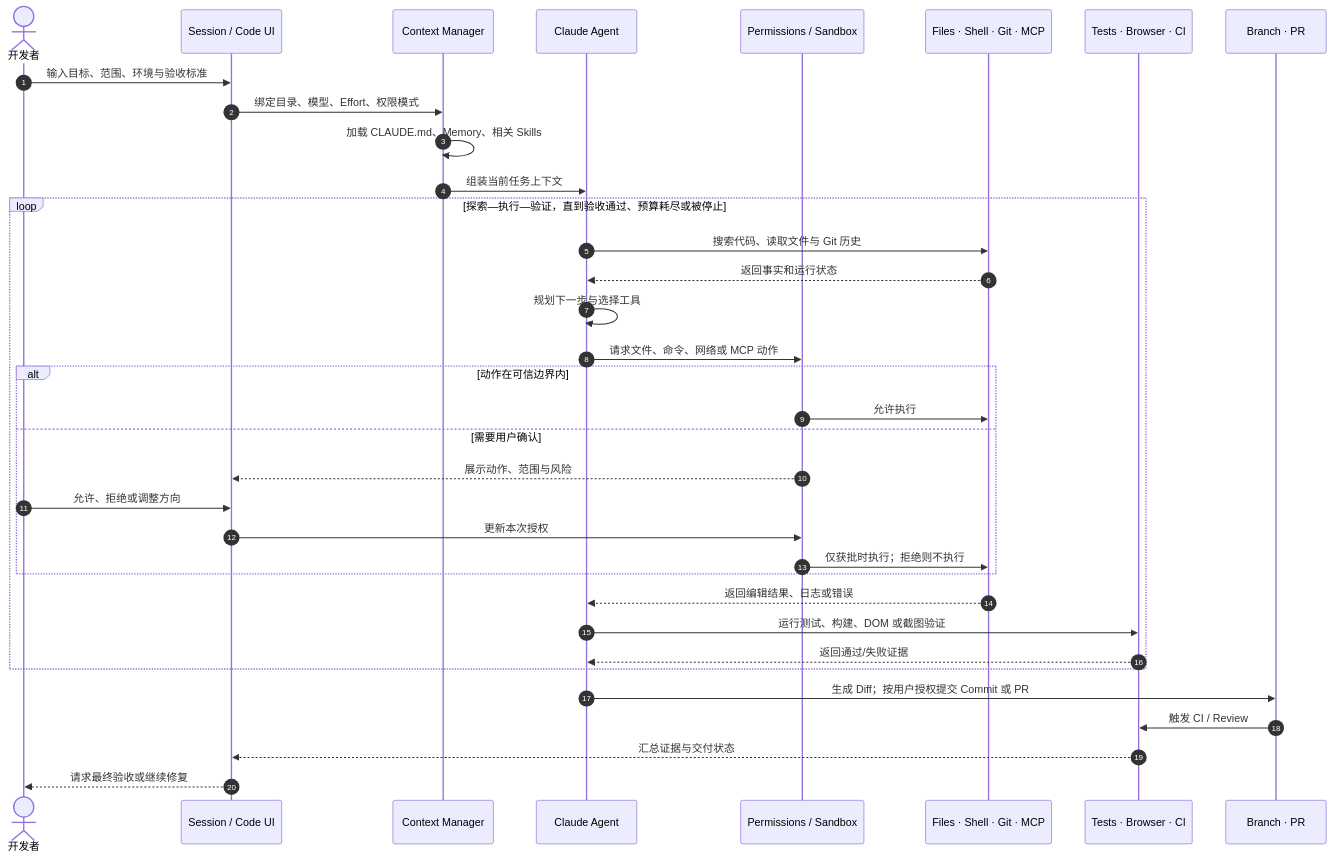
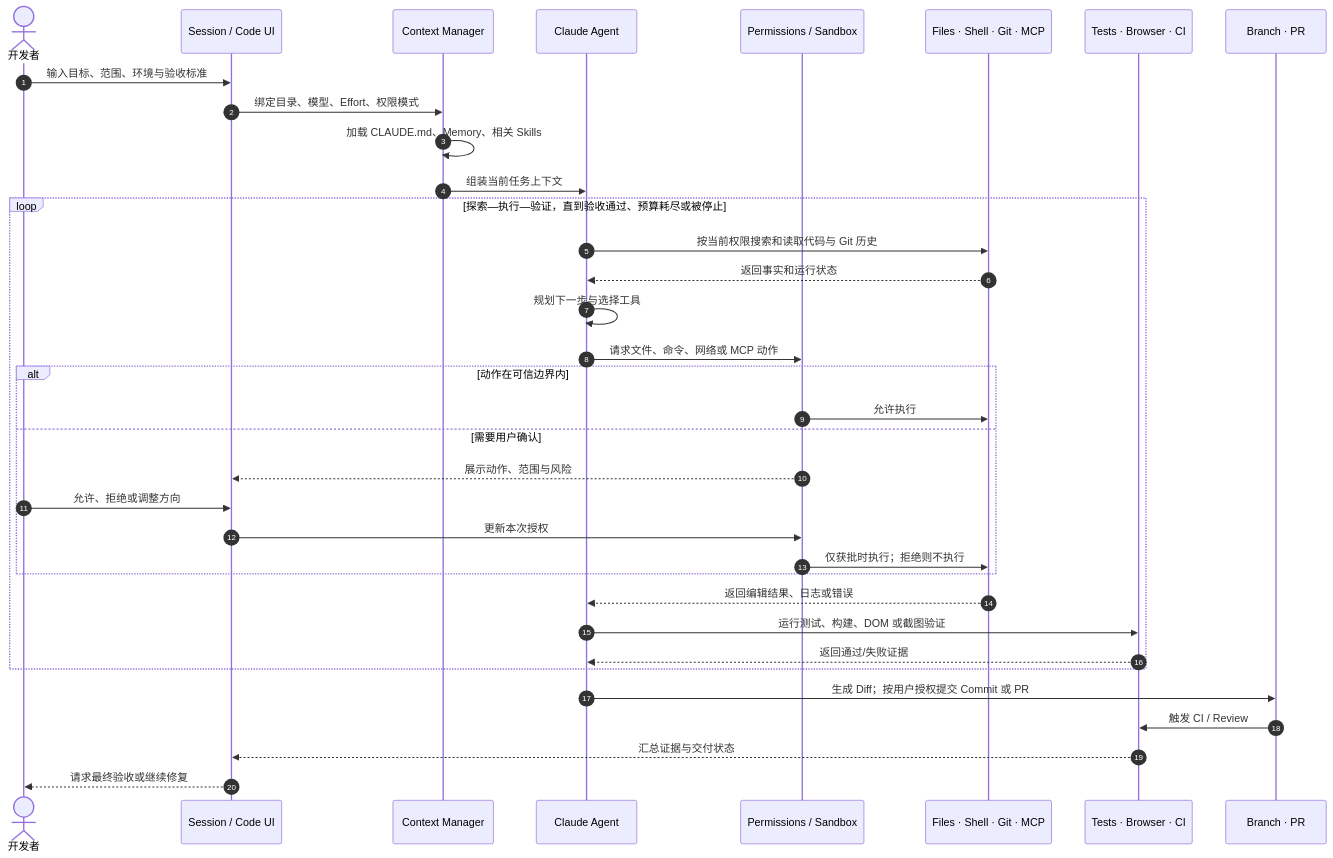
Before and after one commit to MarkingYang/aidea-lab: the second of 2 diagrams in src/content/writing/claude-code-product-design.md, drawn with Mermaid. The commit also changed other lines of this file and 106 other files, not shown here.

Commit message:
content: complete full editorial optimization and harness architecture guide

````diff
--- a/src/content/writing/claude-code-product-design.md
+++ b/src/content/writing/claude-code-product-design.md
@@ -89,40 +89,40 @@
 ```mermaid
 sequenceDiagram
   autonumber
   actor User as 开发者
   participant UI as Session / Code UI
   participant Ctx as Context Manager
   participant Agent as Claude Agent
   participant Guard as Permissions / Sandbox
   participant Tools as Files · Shell · Git · MCP
   participant Verify as Tests · Browser · CI
   participant Repo as Branch · PR
 
 User->>UI: 输入目标、范围、环境与验收标准
   UI->>Ctx: 绑定目录、模型、Effort、权限模式
   Ctx->>Ctx: 加载 CLAUDE.md、Memory、相关 Skills
   Ctx->>Agent: 组装当前任务上下文
 
 loop 探索—执行—验证，直到验收通过、预算耗尽或被停止
-    Agent->>Tools: 搜索代码、读取文件与 Git 历史
+    Agent->>Tools: 按当前权限搜索和读取代码与 Git 历史
     Tools-->>Agent: 返回事实和运行状态
     Agent->>Agent: 规划下一步与选择工具
     Agent->>Guard: 请求文件、命令、网络或 MCP 动作
     alt 动作在可信边界内
       Guard->>Tools: 允许执行
     else 需要用户确认
       Guard-->>UI: 展示动作、范围与风险
       User->>UI: 允许、拒绝或调整方向
       UI->>Guard: 更新本次授权
       Guard->>Tools: 仅获批时执行；拒绝则不执行
     end
     Tools-->>Agent: 返回编辑结果、日志或错误
     Agent->>Verify: 运行测试、构建、DOM 或截图验证
     Verify-->>Agent: 返回通过/失败证据
   end
 
 Agent->>Repo: 生成 Diff；按用户授权提交 Commit 或 PR
   Repo->>Verify: 触发 CI / Review
   Verify-->>UI: 汇总证据与交付状态
   UI-->>User: 请求最终验收或继续修复
 ```
````
